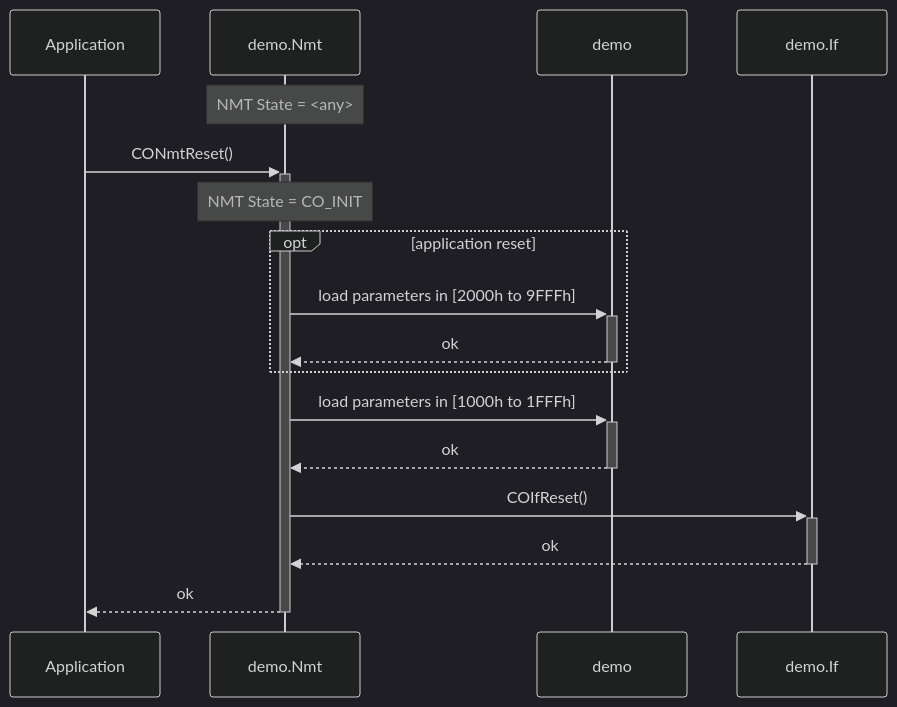
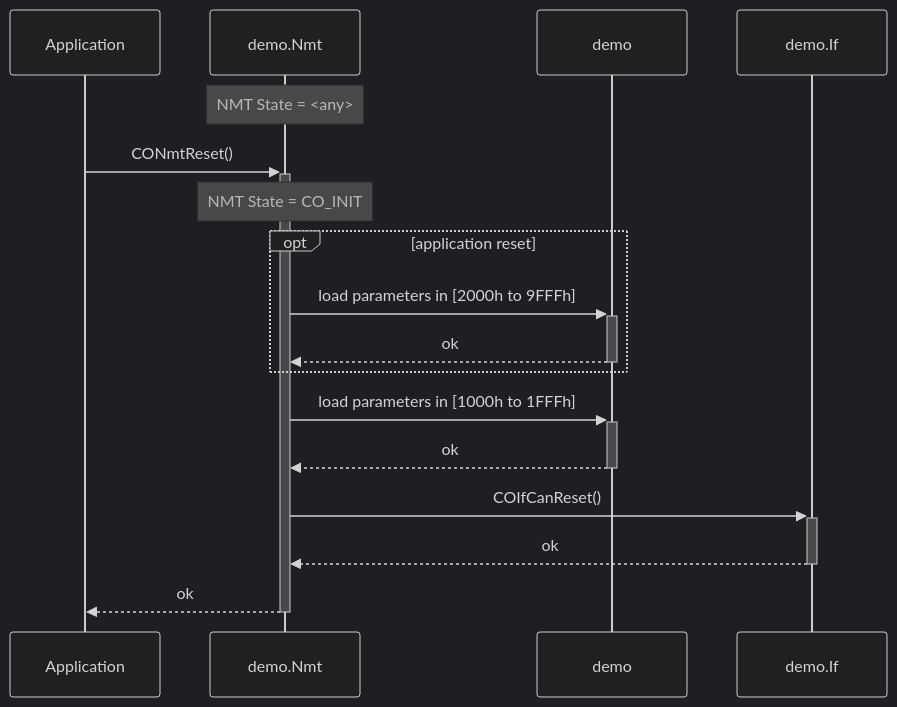
The fourth of 5 diagrams in docs/docs/usecase/control.md (embedded-office/canopen-stack), drawn with Mermaid (dark theme) before and after one commit. The commit also changed other lines of this file and 41 other files, not shown here.

````diff
--- a/docs/docs/usecase/control.md
+++ b/docs/docs/usecase/control.md
@@ -153,19 +153,19 @@
 ```mermaid
 sequenceDiagram
     participant A as Application
     participant N as demo.Nmt
     participant S as demo
     participant I as demo.If
     Note over N: NMT State = <any>
     A->>+N: CONmtReset()
     Note over N: NMT State = CO_INIT
     opt application reset
     N->>+S: load parameters in [2000h to 9FFFh]
     S-->>-N: ok
     end
     N->>+S: load parameters in [1000h to 1FFFh]
     S-->>-N: ok
-    N->>+I: COIfReset()
+    N->>+I: COIfCanReset()
     I-->>-N: ok
     N-->>-A: ok
 ```
````
